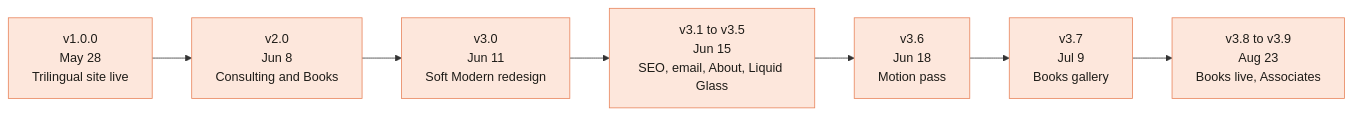
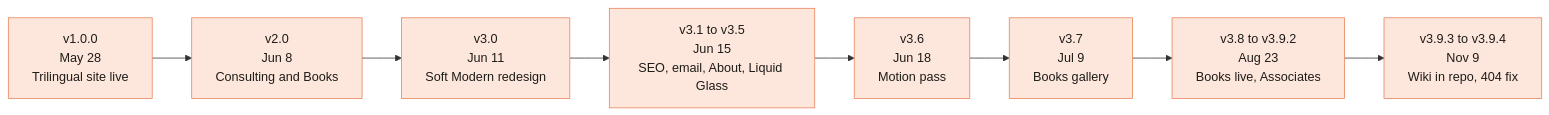
One commit to vijaybpanangi/ezziclarity changed the diagram in docs/wiki/Release-History.md. Above: the diagram before and after it, drawn with Mermaid. The commit also changed other lines of this file and 12 other files, not shown here.

````diff
--- a/docs/wiki/Release-History.md
+++ b/docs/wiki/Release-History.md
@@ -8,11 +8,12 @@
 ```mermaid
 flowchart LR
     V1[v1.0.0<br/>May 28<br/>Trilingual site live]:::ours --> V2[v2.0<br/>Jun 8<br/>Consulting and Books]:::ours
     V2 --> V30[v3.0<br/>Jun 11<br/>Soft Modern redesign]:::ours
     V30 --> V31[v3.1 to v3.5<br/>Jun 15<br/>SEO, email, About, Liquid Glass]:::ours
     V31 --> V36[v3.6<br/>Jun 18<br/>Motion pass]:::ours
     V36 --> V37[v3.7<br/>Jul 9<br/>Books gallery]:::ours
-    V37 --> V38[v3.8 to v3.9<br/>Aug 23<br/>Books live, Associates]:::ours
+    V37 --> V38[v3.8 to v3.9.2<br/>Aug 23<br/>Books live, Associates]:::ours
+    V38 --> V39[v3.9.3 to v3.9.4<br/>Nov 9<br/>Wiki in repo, 404 fix]:::ours
 
     classDef ours fill:#FDE7DC,stroke:#E8835A,color:#1e1c18
 ```
````
